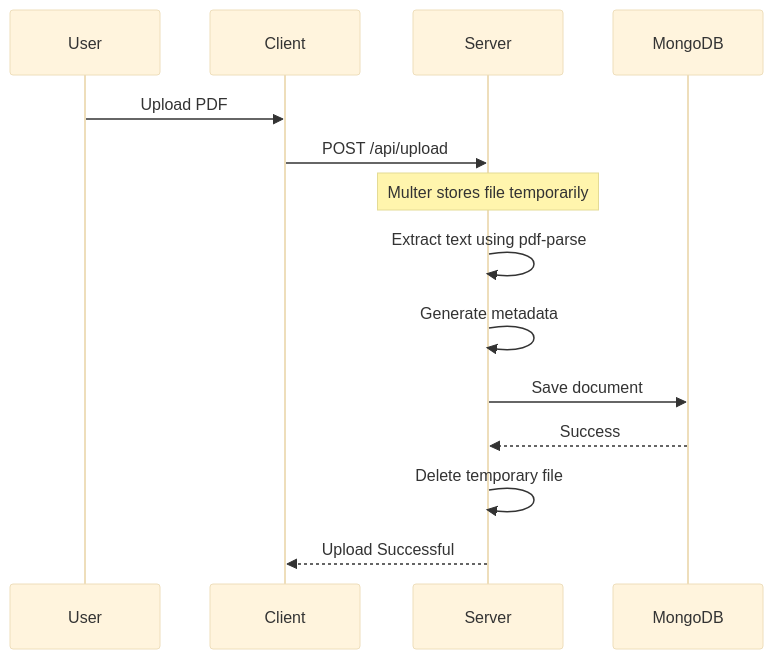
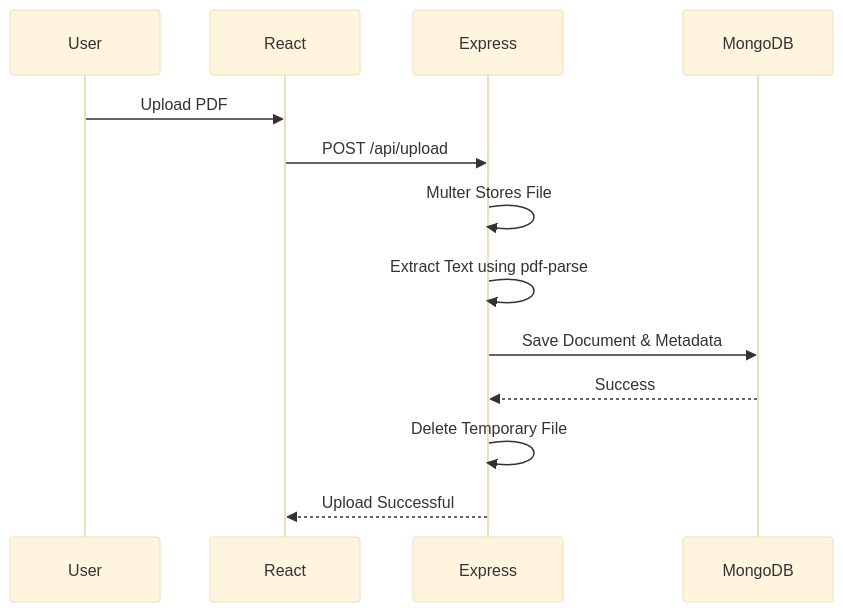
One commit to Prathmesh-ally/ONGC-Nexus changed the third of 4 diagrams in README.md. Above: the diagram before and after it, drawn with Mermaid (base theme). The commit also changed other lines of this file, not shown here.

````diff
--- a/README.md
+++ b/README.md
@@ -145,17 +168,24 @@
 ```mermaid
 sequenceDiagram
-    participant User
-    participant Client
-    participant Server
-    participant MongoDB
 
-    User->>Client: Upload PDF
-    Client->>Server: POST /api/upload
-    Note over Server: Multer stores file temporarily
-    Server->>Server: Extract text using pdf-parse
-    Server->>Server: Generate metadata
-    Server->>MongoDB: Save document
-    MongoDB-->>Server: Success
-    Server->>Server: Delete temporary file
-    Server-->>Client: Upload Successful
+participant User
+participant React
+participant Express
+participant MongoDB
+
+User->>React: Upload PDF
+
+React->>Express: POST /api/upload
+
+Express->>Express: Multer Stores File
+
+Express->>Express: Extract Text using pdf-parse
+
+Express->>MongoDB: Save Document & Metadata
+
+MongoDB-->>Express: Success
+
+Express->>Express: Delete Temporary File
+
+Express-->>React: Upload Successful
 ```
````
